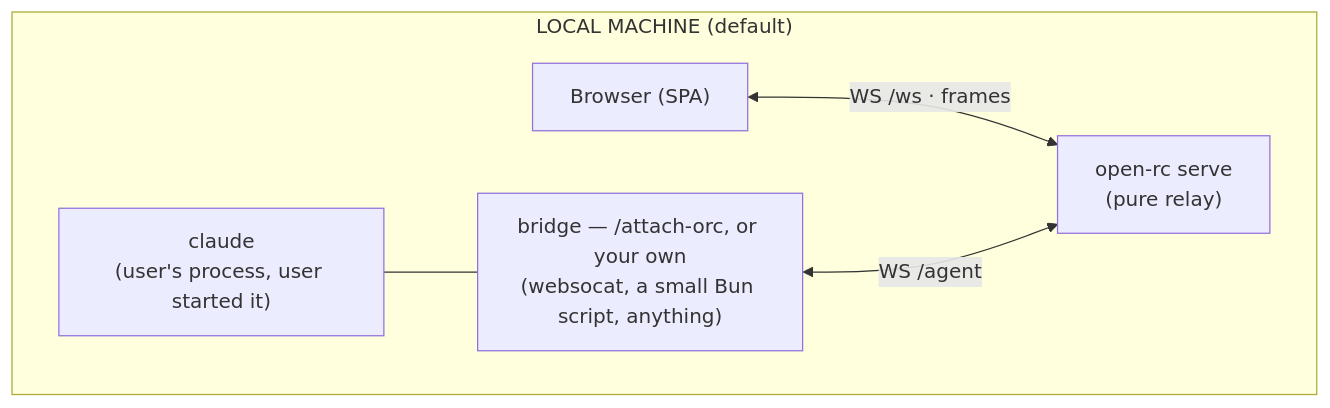
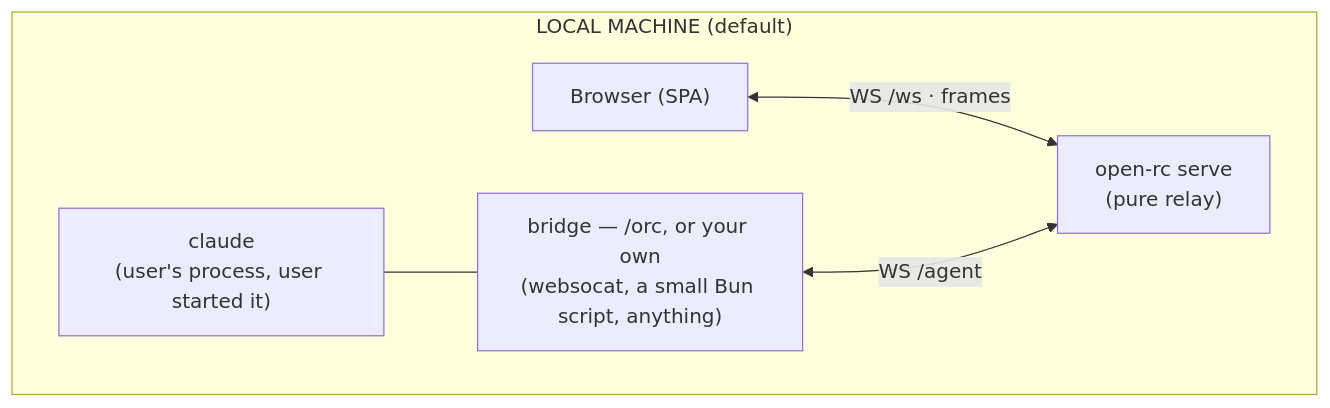
Before and after one commit to Cohey0727/OpenRemoteControl: the second of 3 diagrams in README.md, drawn with Mermaid. The commit also changed other lines of this file and 13 other files, not shown here.

````diff
--- a/README.md
+++ b/README.md
@@ -366,8 +366,8 @@
 ```mermaid
 flowchart TB
     subgraph local["LOCAL MACHINE (default)"]
         browser["Browser (SPA)"] <-- "WS /ws · frames" --> serve["open-rc serve<br/>(pure relay)"]
-        bridge["bridge — /attach-orc, or your own<br/>(websocat, a small Bun script, anything)"] <-- "WS /agent" --> serve
+        bridge["bridge — /orc, or your own<br/>(websocat, a small Bun script, anything)"] <-- "WS /agent" --> serve
         claude["claude<br/>(user's process, user started it)"] --- bridge
     end
 ```
````
